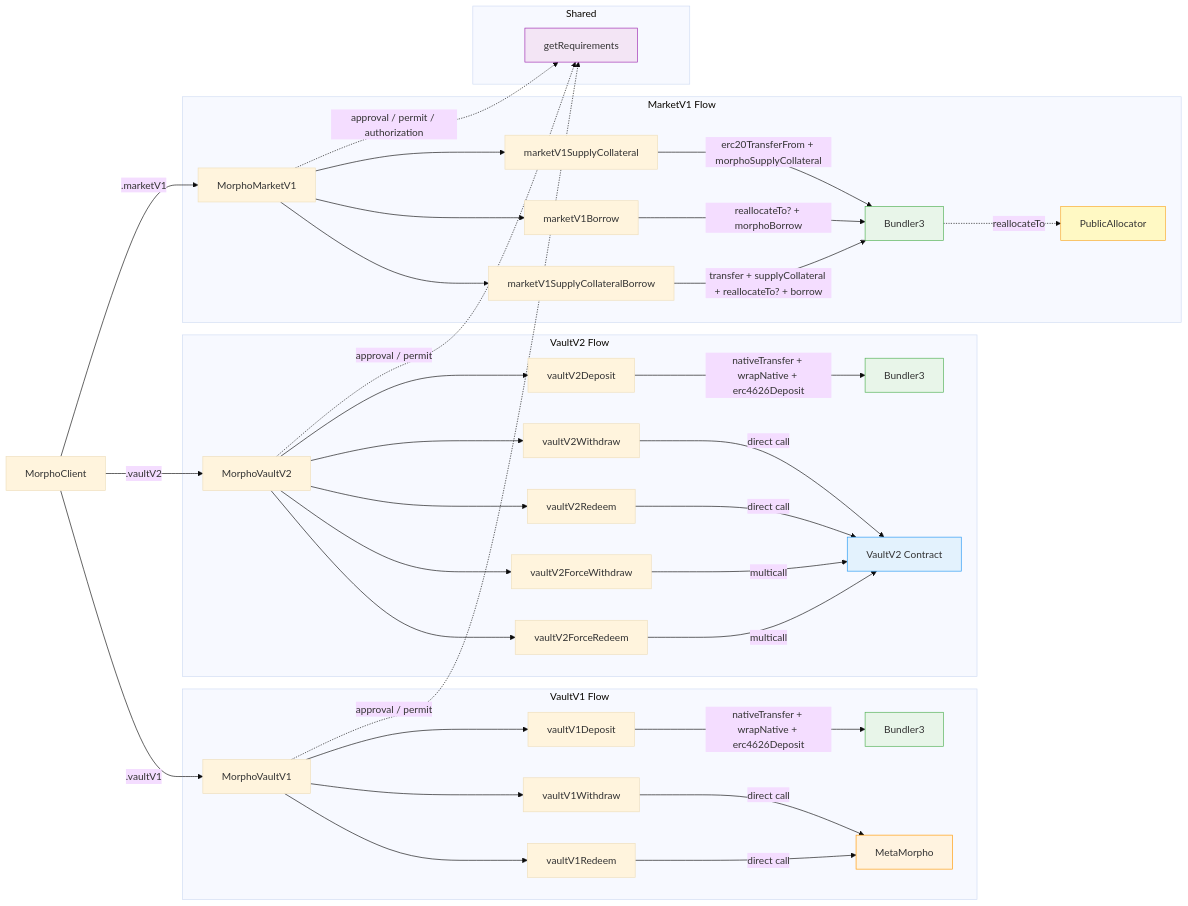
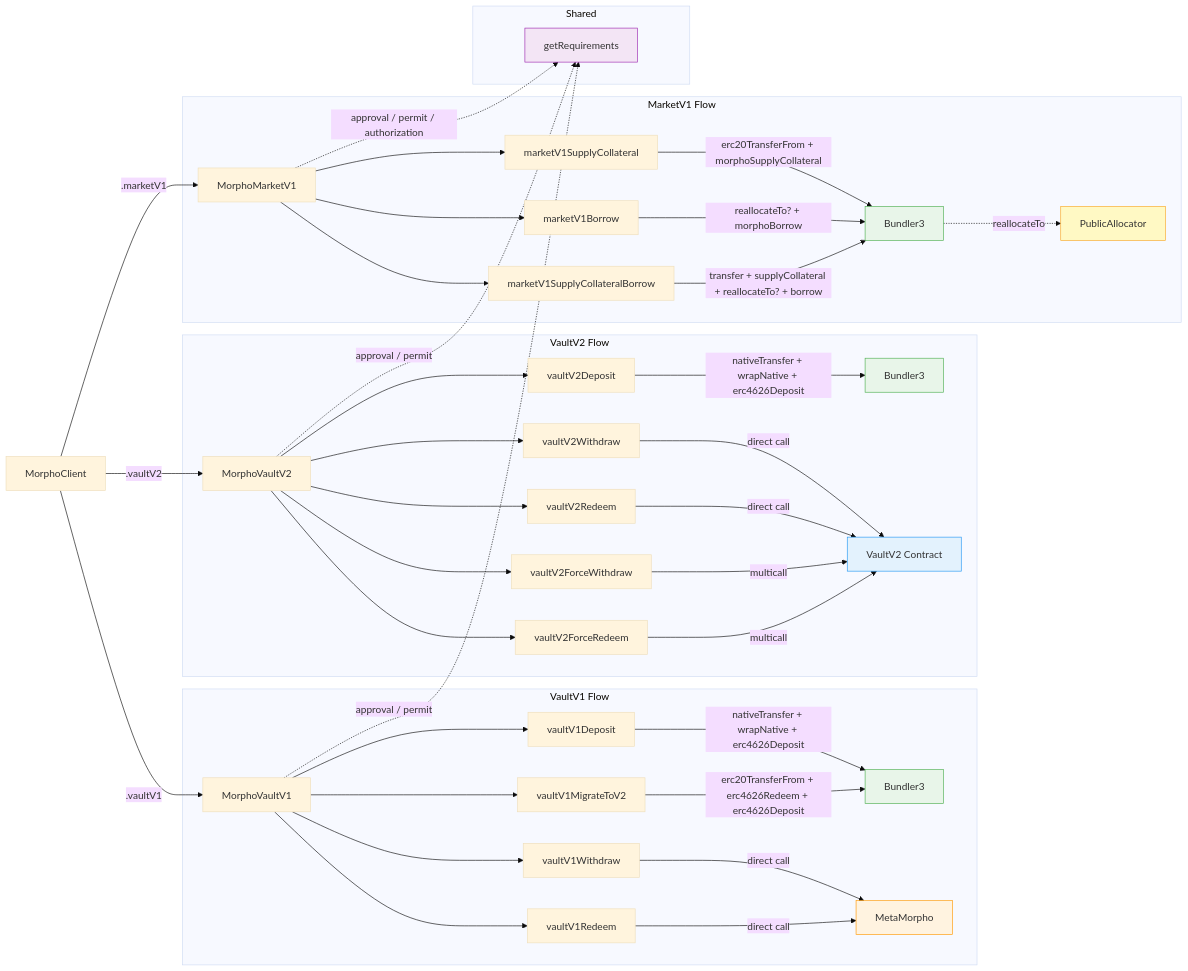
One commit to morpho-org/morpho-sdk changed the diagram in README.md. Above: the diagram before and after it, drawn with Mermaid (base theme). The commit also changed other lines of this file, not shown here.

Commit message:
docs: add vaultV1 migrateToV2 to README

````diff
--- a/README.md
+++ b/README.md
@@ -264,64 +284,66 @@
 ```mermaid
 graph LR
     MC[MorphoClient]
 
     MC -->|.vaultV1| MV1
     MC -->|.vaultV2| MV2
     MC -->|.marketV1| MM1
 
     subgraph VaultV1 Flow
         MV1[MorphoVaultV1]
         MV1 --> V1D[vaultV1Deposit]
         MV1 --> V1W[vaultV1Withdraw]
         MV1 --> V1R[vaultV1Redeem]
+        MV1 --> V1M[vaultV1MigrateToV2]
 
         V1D -->|nativeTransfer + wrapNative + erc4626Deposit| B1[Bundler3]
         V1W -->|direct call| MM[MetaMorpho]
         V1R -->|direct call| MM
+        V1M -->|erc20TransferFrom + erc4626Redeem + erc4626Deposit| B1
     end
 
     subgraph VaultV2 Flow
         MV2[MorphoVaultV2]
         MV2 --> V2D[vaultV2Deposit]
         MV2 --> V2W[vaultV2Withdraw]
         MV2 --> V2R[vaultV2Redeem]
         MV2 --> V2FW[vaultV2ForceWithdraw]
         MV2 --> V2FR[vaultV2ForceRedeem]
 
         V2D -->|nativeTransfer + wrapNative + erc4626Deposit| B2[Bundler3]
         V2W -->|direct call| V2C[VaultV2 Contract]
         V2R -->|direct call| V2C
         V2FW -->|multicall| V2C
         V2FR -->|multicall| V2C
     end
 
     subgraph MarketV1 Flow
         MM1[MorphoMarketV1]
         MM1 --> M1SC[marketV1SupplyCollateral]
         MM1 --> M1B[marketV1Borrow]
         MM1 --> M1SCB[marketV1SupplyCollateralBorrow]
 
         M1SC -->|erc20TransferFrom + morphoSupplyCollateral| B3[Bundler3]
         M1B -->|reallocateTo? + morphoBorrow| B3
         M1SCB -->|transfer + supplyCollateral + reallocateTo? + borrow| B3
 
         B3 -.->|reallocateTo| PA[PublicAllocator]
     end
 
 
     subgraph Shared
         REQ[getRequirements]
     end
 
     MV1 -.->|approval / permit| REQ
     MV2 -.->|approval / permit| REQ
     MM1 -.->|approval / permit / authorization| REQ
 
     style B1 fill:#e8f5e9,stroke:#4caf50
     style B2 fill:#e8f5e9,stroke:#4caf50
     style B3 fill:#e8f5e9,stroke:#4caf50
     style MM fill:#fff3e0,stroke:#ff9800
     style V2C fill:#e3f2fd,stroke:#2196f3
     style REQ fill:#f3e5f5,stroke:#9c27b0
     style PA fill:#fff9c4,stroke:#f9a825
 ```
````
